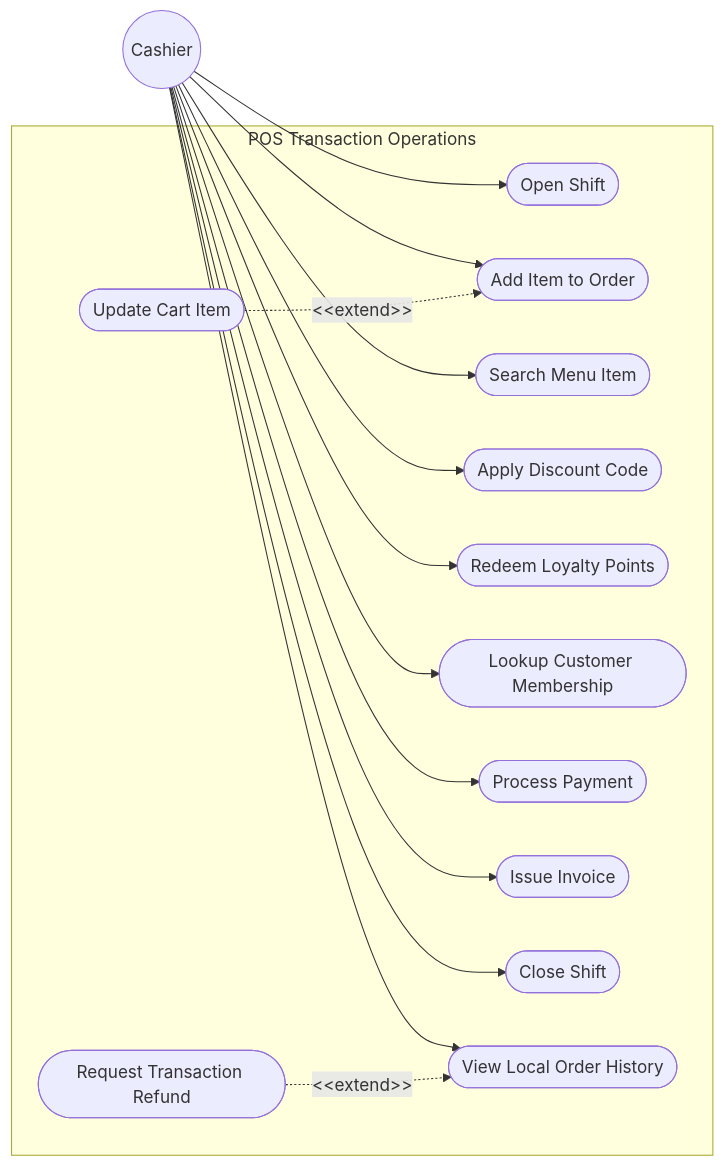
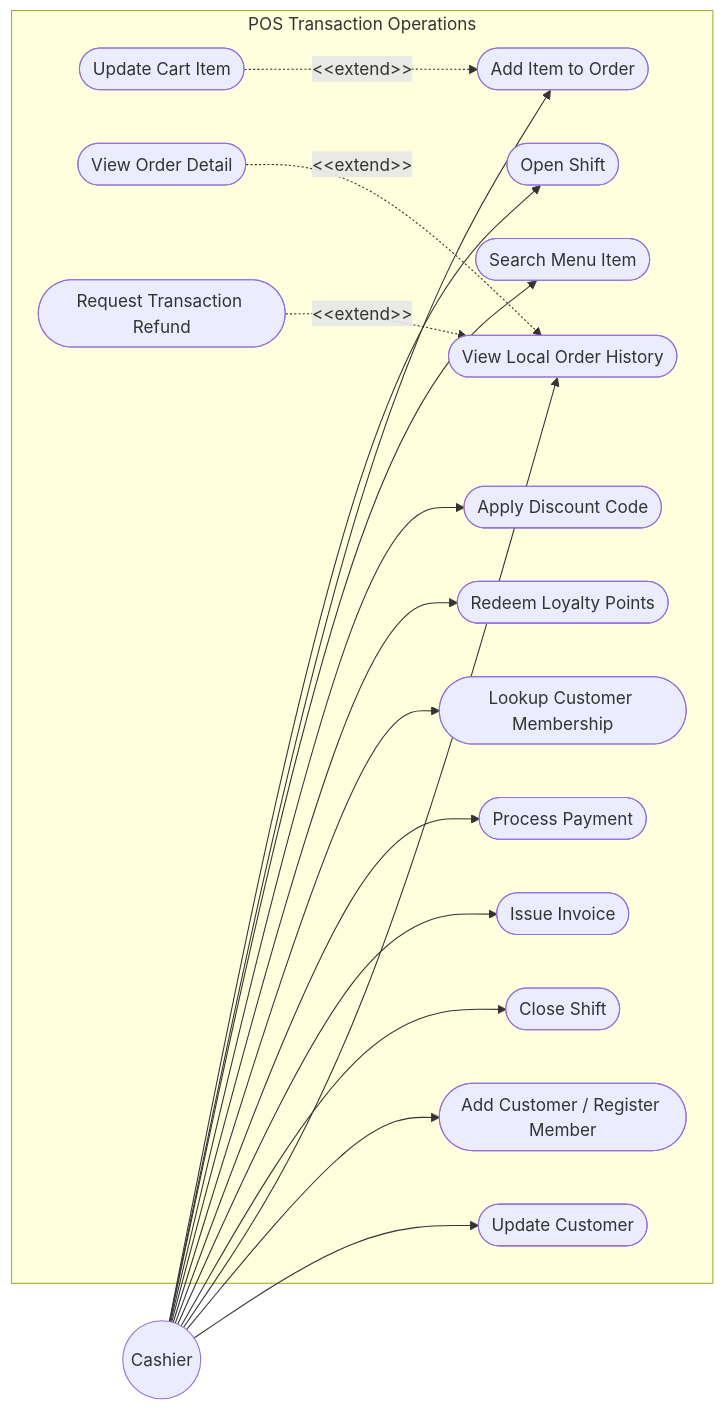
Before and after one commit to Shaichi/Khoga_coffe_shop: the fifth of 6 diagrams in sections/02_user_requirements.md, drawn with Mermaid. The commit also changed other lines of this file and 45 other files, not shown here.

````diff
--- a/sections/02_user_requirements.md
+++ b/sections/02_user_requirements.md
@@ -223,38 +241,45 @@
 ```mermaid
 graph LR
     %% Actors
     Actor_Cashier((Cashier))
 
     %% Use Cases
     subgraph POS Transaction Operations
         UC_OpenShift([Open Shift])
         UC_AddCart([Add Item to Order])
         UC_UpdateCart([Update Cart Item])
         UC_SearchMenu([Search Menu Item])
         UC_ApplyDiscount([Apply Discount Code])
         UC_RedeemPoints([Redeem Loyalty Points])
         UC_LookupMember([Lookup Customer Membership])
         UC_ProcessPay([Process Payment])
         UC_IssueInvoice([Issue Invoice])
         UC_CloseShift([Close Shift])
         
         UC_ViewLocalHistory([View Local Order History])
+        UC_ViewOrderDetail([View Order Detail])
         UC_RequestRefund([Request Transaction Refund])
+        
+        UC_AddCustomer([Add Customer / Register Member])
+        UC_UpdateCustomer([Update Customer])
     end
 
     %% Connections
     Actor_Cashier --> UC_OpenShift
     Actor_Cashier --> UC_AddCart
     Actor_Cashier --> UC_SearchMenu
     Actor_Cashier --> UC_ApplyDiscount
     Actor_Cashier --> UC_RedeemPoints
     Actor_Cashier --> UC_LookupMember
     Actor_Cashier --> UC_ProcessPay
     Actor_Cashier --> UC_IssueInvoice
     Actor_Cashier --> UC_CloseShift
     Actor_Cashier --> UC_ViewLocalHistory
+    Actor_Cashier --> UC_AddCustomer
+    Actor_Cashier --> UC_UpdateCustomer
 
     %% Extends & Includes
     UC_UpdateCart -.-> |"&lt;&lt;extend&gt;&gt;"| UC_AddCart
+    UC_ViewOrderDetail -.-> |"&lt;&lt;extend&gt;&gt;"| UC_ViewLocalHistory
     UC_RequestRefund -.-> |"&lt;&lt;extend&gt;&gt;"| UC_ViewLocalHistory
 ```
````
